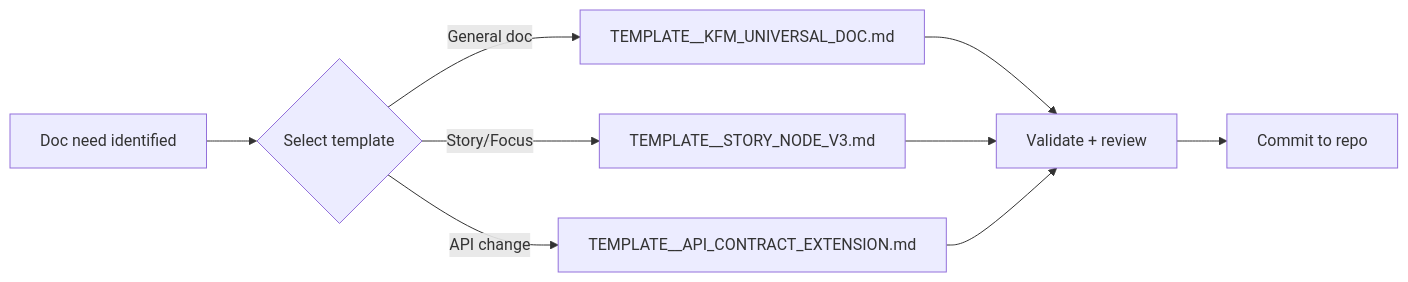
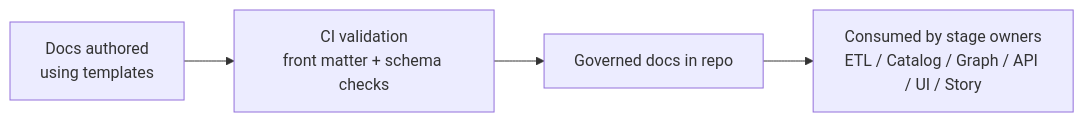
The diagram in docs/templates/README.md (bartytime4life/Kansas-Frontier-Matrix), drawn with Mermaid before and after one commit. The commit also changed other lines of this file, not shown here.

```diff
--- a/docs/templates/README.md
+++ b/docs/templates/README.md
@@ -158,11 +174,6 @@
 ~~~mermaid
 flowchart LR
-  A[Doc need identified] --> B{Select template}
-  B -->|General doc| C[TEMPLATE__KFM_UNIVERSAL_DOC.md]
-  B -->|Story/Focus| D[TEMPLATE__STORY_NODE_V3.md]
-  B -->|API change| E[TEMPLATE__API_CONTRACT_EXTENSION.md]
-  C --> F[Validate + review]
-  D --> F
-  E --> F
-  F --> G[Commit to repo]
+  A[Docs authored<br/>using templates] --> B[CI validation<br/>front matter + schema checks]
+  B --> C[Governed docs in repo]
+  C --> D[Consumed by stage owners<br/>ETL / Catalog / Graph / API / UI / Story]
 ~~~
```
